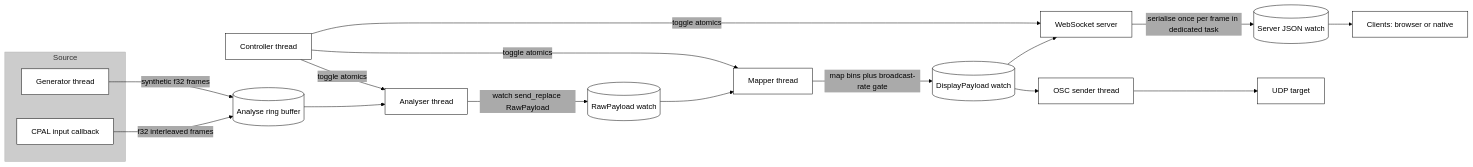
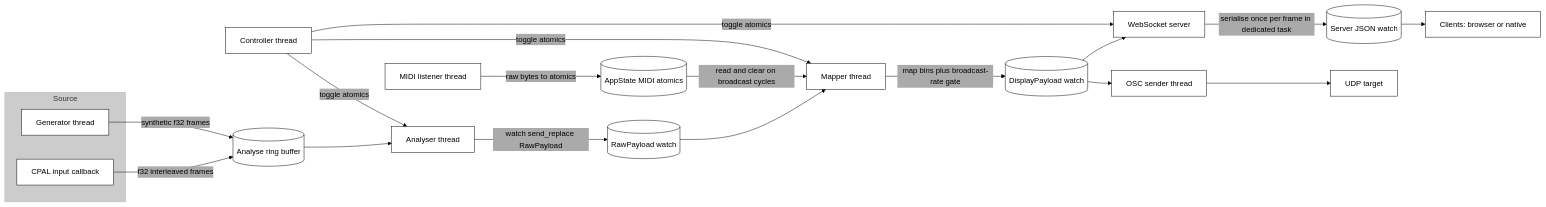
The second of 4 diagrams in docs/system/lifecycle.md (rayboyd/phase4), drawn with Mermaid before and after one commit. The commit also changed other lines of this file and 13 other files, not shown here.

Commit message:
feat(midi): add real device and synthetic clock input riding the existing payload, document --midi-device and --midi-test-bpm, update lifecycle diagram

````diff
--- a/docs/system/lifecycle.md
+++ b/docs/system/lifecycle.md
@@ -56,43 +59,45 @@
 ```mermaid
 %%{init: {
 	"theme": "base",
 	"themeVariables": {
 		"background": "#ffffff",
 		"fontFamily": "monospace",
 		"fontSize": "16px",
 		"lineColor": "#000",
 		"primaryBorderColor": "#000",
 		"primaryColor": "#fff",
 		"primaryTextColor": "#000",
 		"secondaryColor": "#aaa",
 		"tertiaryColor": "#ccc"
 	},
 	"flowchart": {
 		"curve": "basis",
 		"htmlLabels": true
 	}
 }}%%
 flowchart LR
 		subgraph Source
 			A1[CPAL input callback]:::source
 			A2[Generator thread]:::source
 		end
 
 		A1 -->|f32 interleaved frames| B2[(Analyse ring buffer)]
 		A2 -->|synthetic f32 frames| B2
 
 		B2 --> C2[Analyser thread]
 		C2 -->|watch send_replace RawPayload| E[(RawPayload watch)]
 		E --> F[Mapper thread]
 		F -->|map bins plus broadcast-rate gate| G[(DisplayPayload watch)]
+		N1[MIDI listener thread] -->|raw bytes to atomics| N2[(AppState MIDI atomics)]
+		N2 -->|read and clear on broadcast cycles| F
 		G --> H[WebSocket server]
 		H -->|serialise once per frame in dedicated task| H2[(Server JSON watch)]
 		H2 --> I[Clients: browser or native]
 		G --> L[OSC sender thread]
 		L --> M[UDP target]
 
 		J[Controller thread] -->|toggle atomics| C2
 		J -->|toggle atomics| F
 		J -->|toggle atomics| H
 
 ```
````
